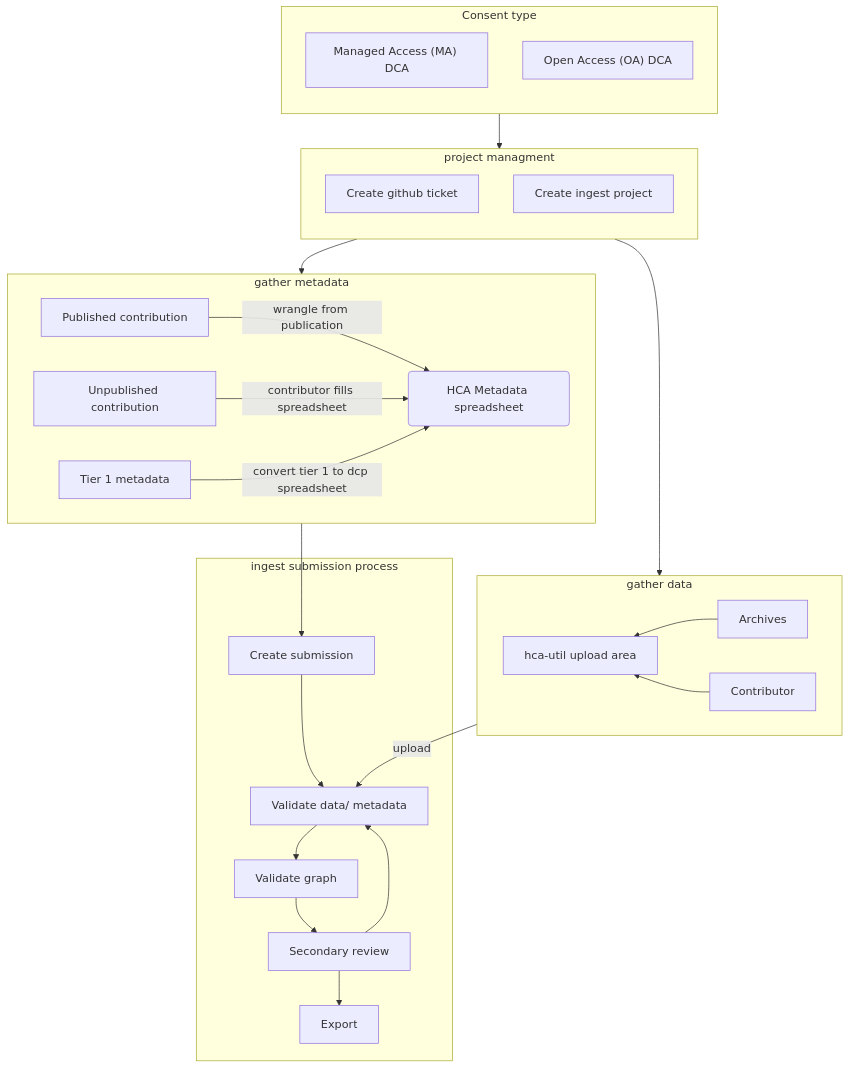
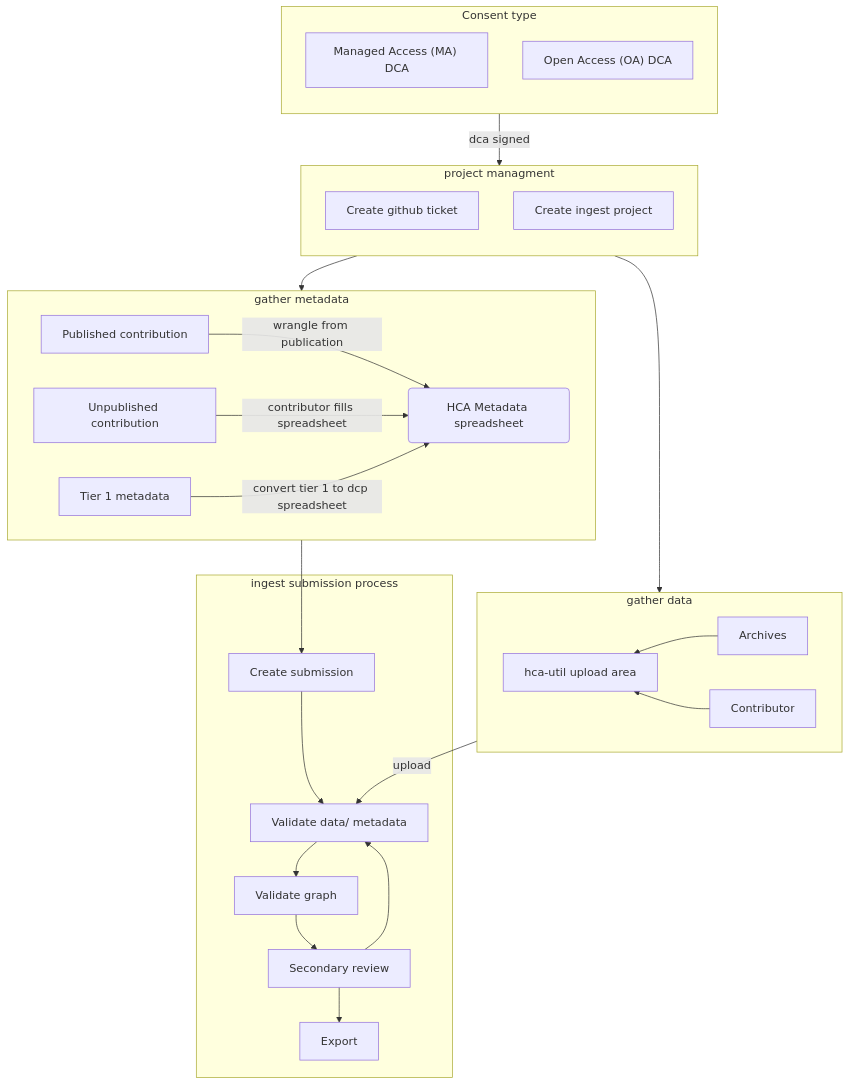
The diagram in docs/SOPs/Introduction/Introduction.md (ebi-ait/hca-ebi-wrangler-central), drawn with Mermaid before and after one commit. The commit also changed other lines of this file and 1 other file, not shown here.

Commit message:
Update .gitignore

````diff
--- a/docs/SOPs/Introduction/Introduction.md
+++ b/docs/SOPs/Introduction/Introduction.md
@@ -16,52 +16,52 @@
 ```mermaid
 flowchart TD
     subgraph dca ["Consent type"]
     direction TB
     MA["Managed Access (MA) DCA"]
     OA["Open Access (OA) DCA"]
     end
 
     P1["Published contribution"]
     P2["Unpublished contribution"]
     P3["Tier 1 metadata"]
     HMS("HCA Metadata spreadsheet")
     
     subgraph metadata [gather metadata]
     direction LR
     P1--"wrangle from publication"-->HMS
     P2--"contributor fills spreadsheet"-->HMS
     P3--"convert tier 1 to dcp spreadsheet"-->HMS
     end
 
     subgraph proj ["project managment"]
     direction TB
     D1["Create github ticket"]
     D2["Create ingest project"]
     end
 
     subgraph data [gather data]
     direction RL
     C1["Archives"]
     C2["Contributor"]
     C3["hca-util upload area"]
     C1 --> C3
     C2 --> C3
     end
 
     I1["Create submission"]
     I2["Validate data/ metadata"]
     I3["Validate graph"]
     I4["Secondary review"]
     I5["Export"]
     subgraph ingest [ingest submission process]
     HMS --> I1
     I1 --> I2
     I2 --> I3 --> I4 --> I5 
     I4 --> I2
     end
     C3 --upload--> I2
 
-    dca --> proj --> data
+    dca --dca signed--> proj --> data
     proj --> metadata
 
 ```
````
